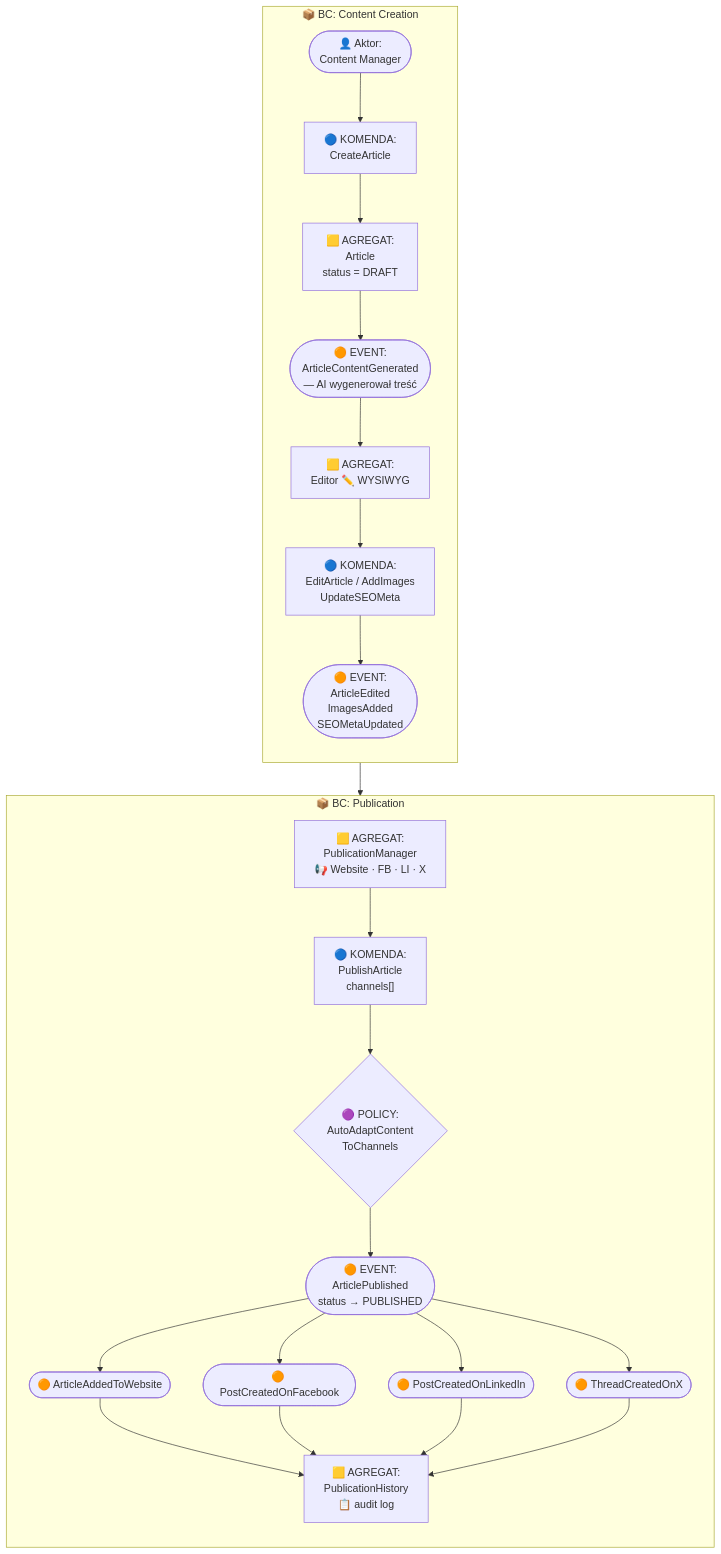
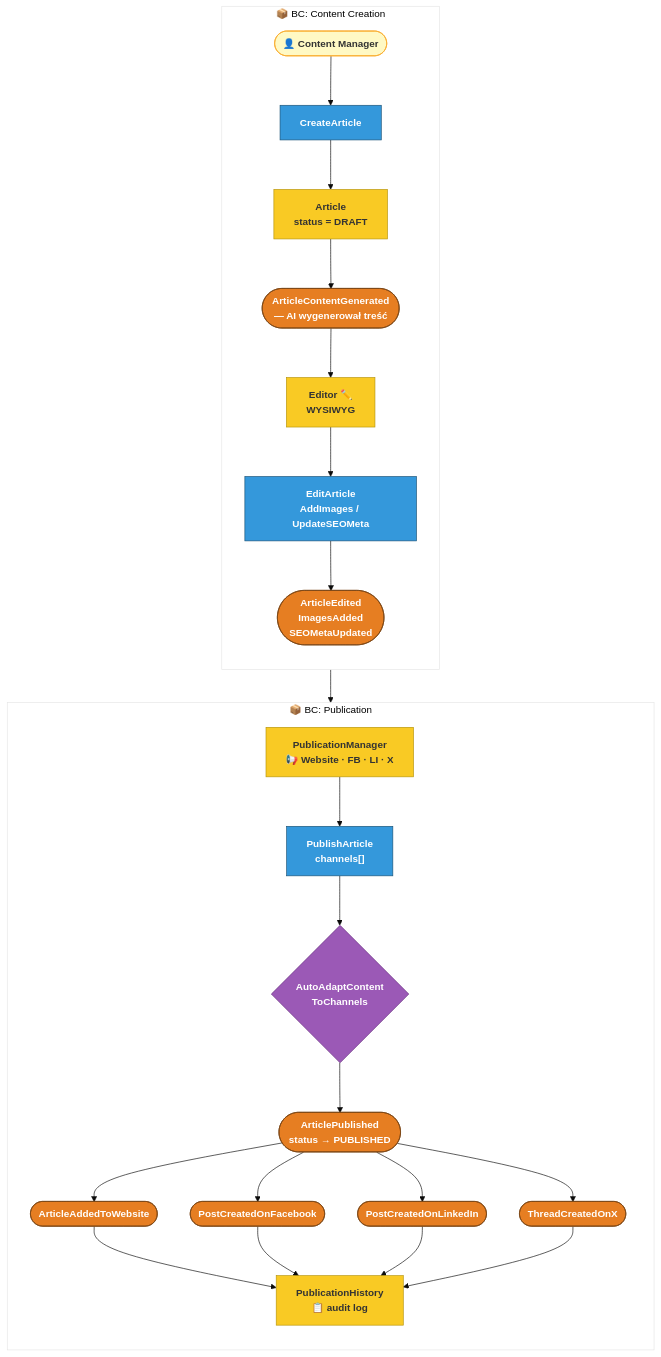
The first of 2 diagrams in 03-Event-Storming-AS-IS-TO-BE.md (NikopolNiko/floowe-project), drawn with Mermaid before and after one commit. The commit also changed other lines of this file, not shown here.

Commit message:
Style: classDef kolory Event Storming w diagramach Mermaid + legenda

````diff
--- a/03-Event-Storming-AS-IS-TO-BE.md
+++ b/03-Event-Storming-AS-IS-TO-BE.md
@@ -20,46 +23,58 @@
 ```mermaid
+%%{init: {'theme': 'base', 'themeVariables': {'fontSize': '15px', 'primaryColor': '#ffffff'}}}%%
 flowchart TD
+    classDef actor     fill:#FFF9C4,stroke:#F9A825,color:#333,font-weight:bold
+    classDef command   fill:#3498DB,stroke:#1A5276,color:#fff,font-weight:bold
+    classDef event     fill:#E67E22,stroke:#784212,color:#fff,font-weight:bold
+    classDef aggregate fill:#F9CA24,stroke:#B7950B,color:#333,font-weight:bold
+    classDef policy    fill:#9B59B6,stroke:#6C3483,color:#fff,font-weight:bold
+
     subgraph BC1["📦 BC: Content Creation"]
         direction TB
-        A1(["👤 Aktor:\nContent Manager"])
-        CMD1["🔵 KOMENDA:\nCreateArticle"]
-        AGG1["🟨 AGREGAT:\nArticle\nstatus = DRAFT"]
-        EVT0(["🟠 EVENT:\nArticleContentGenerated\n— AI wygenerował treść"])
-        AGG2["🟨 AGREGAT:\nEditor  ✏️ WYSIWYG"]
-        CMD2["🔵 KOMENDA:\nEditArticle / AddImages\nUpdateSEOMeta"]
-        EVT1(["🟠 EVENT:\nArticleEdited\nImagesAdded\nSEOMetaUpdated"])
+        A1(["👤 Content Manager"])
+        CMD1["CreateArticle"]
+        AGG1["Article\nstatus = DRAFT"]
+        EVT0(["ArticleContentGenerated\n— AI wygenerował treść"])
+        AGG2["Editor ✏️\nWYSIWYG"]
+        CMD2["EditArticle\nAddImages / UpdateSEOMeta"]
+        EVT1(["ArticleEdited\nImagesAdded\nSEOMetaUpdated"])
     end
 
     subgraph BC2["📦 BC: Publication"]
         direction TB
-        AGG3["🟨 AGREGAT:\nPublicationManager\n📢 Website · FB · LI · X"]
-        CMD3["🔵 KOMENDA:\nPublishArticle\nchannels[]"]
-        POL1{"🟣 POLICY:\nAutoAdaptContent\nToChannels"}
-        EVT_PUB(["🟠 EVENT:\nArticlePublished\nstatus → PUBLISHED"])
-        EVT2A(["🟠 ArticleAddedToWebsite"])
-        EVT2B(["🟠 PostCreatedOnFacebook"])
-        EVT2C(["🟠 PostCreatedOnLinkedIn"])
-        EVT2D(["🟠 ThreadCreatedOnX"])
-        AGG4["🟨 AGREGAT:\nPublicationHistory\n📋 audit log"]
+        AGG3["PublicationManager\n📢 Website · FB · LI · X"]
+        CMD3["PublishArticle\nchannels[]"]
+        POL1{"AutoAdaptContent\nToChannels"}
+        EVT_PUB(["ArticlePublished\nstatus → PUBLISHED"])
+        EVT2A(["ArticleAddedToWebsite"])
+        EVT2B(["PostCreatedOnFacebook"])
+        EVT2C(["PostCreatedOnLinkedIn"])
+        EVT2D(["ThreadCreatedOnX"])
+        AGG4["PublicationHistory\n📋 audit log"]
     end
 
     A1      --> CMD1
     CMD1    --> AGG1
     AGG1    --> EVT0
     EVT0    --> AGG2
     AGG2    --> CMD2
     CMD2    --> EVT1
-
     EVT1    --> AGG3
     AGG3    --> CMD3
     CMD3    --> POL1
     POL1    --> EVT_PUB
     EVT_PUB --> EVT2A
     EVT_PUB --> EVT2B
     EVT_PUB --> EVT2C
     EVT_PUB --> EVT2D
     EVT2A   --> AGG4
     EVT2B   --> AGG4
     EVT2C   --> AGG4
     EVT2D   --> AGG4
+
+    class A1 actor
+    class CMD1,CMD2,CMD3 command
+    class EVT0,EVT1,EVT_PUB,EVT2A,EVT2B,EVT2C,EVT2D event
+    class AGG1,AGG2,AGG3,AGG4 aggregate
+    class POL1 policy
 ```
````
